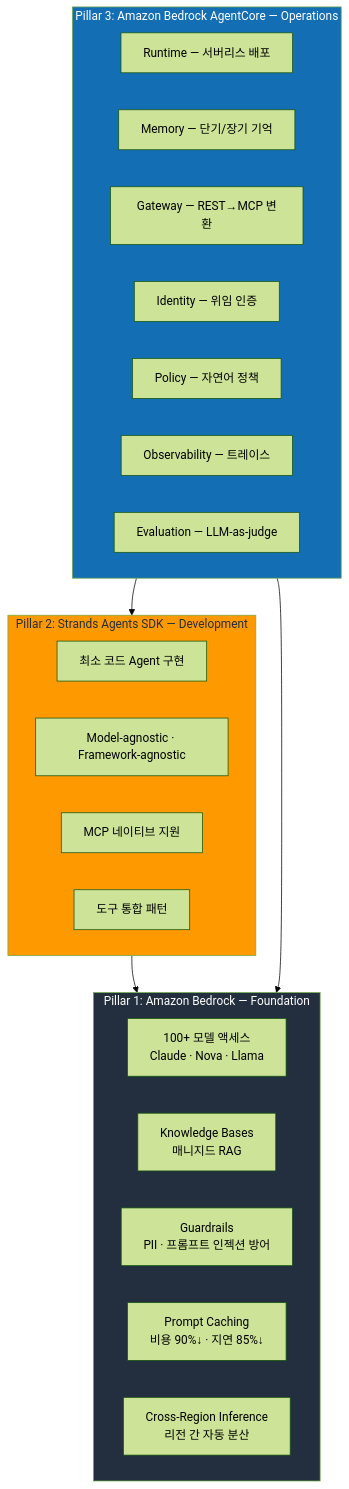
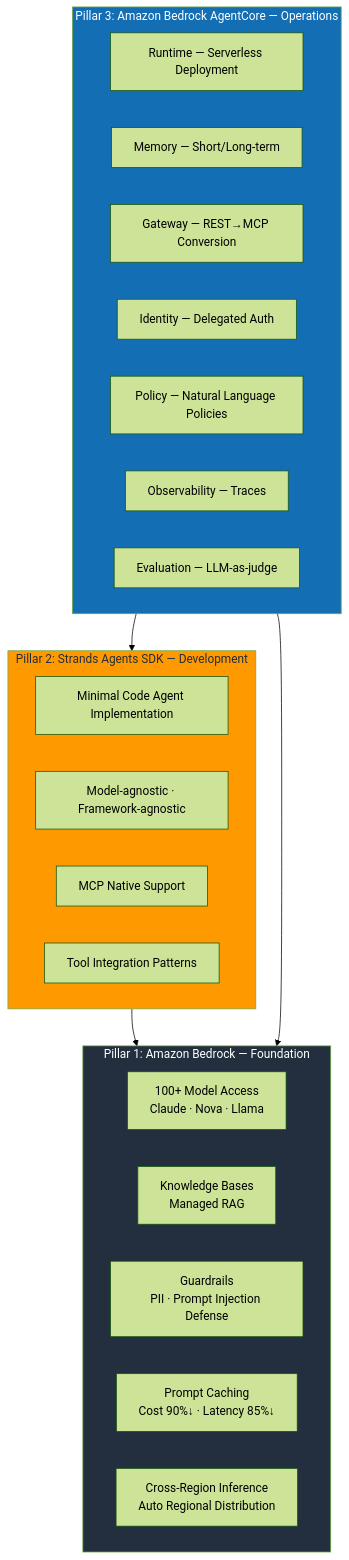
The first of 5 diagrams in docs/agentic-ai-platform/design-architecture/platform-selection/aws-native-agentic-platform.md (devfloor9/engineering-playbook), drawn with Mermaid (forest theme) before and after one commit. The commit also changed other lines of this file and 954 other files, not shown here.

````diff
--- a/docs/agentic-ai-platform/design-architecture/platform-selection/aws-native-agentic-platform.md
+++ b/docs/agentic-ai-platform/design-architecture/platform-selection/aws-native-agentic-platform.md
@@ -62,35 +62,35 @@
 ```mermaid
 graph TB
     subgraph Pillar1["Pillar 1: Amazon Bedrock — Foundation"]
-        B1["100+ 모델 액세스<br/>Claude · Nova · Llama"]
-        B2["Knowledge Bases<br/>매니지드 RAG"]
-        B3["Guardrails<br/>PII · 프롬프트 인젝션 방어"]
-        B4["Prompt Caching<br/>비용 90%↓ · 지연 85%↓"]
-        B5["Cross-Region Inference<br/>리전 간 자동 분산"]
+        B1["100+ Model Access<br/>Claude · Nova · Llama"]
+        B2["Knowledge Bases<br/>Managed RAG"]
+        B3["Guardrails<br/>PII · Prompt Injection Defense"]
+        B4["Prompt Caching<br/>Cost 90%↓ · Latency 85%↓"]
+        B5["Cross-Region Inference<br/>Auto Regional Distribution"]
     end
 
     subgraph Pillar2["Pillar 2: Strands Agents SDK — Development"]
-        S1["최소 코드 Agent 구현"]
+        S1["Minimal Code Agent Implementation"]
         S2["Model-agnostic · Framework-agnostic"]
-        S3["MCP 네이티브 지원"]
-        S4["도구 통합 패턴"]
+        S3["MCP Native Support"]
+        S4["Tool Integration Patterns"]
     end
 
     subgraph Pillar3["Pillar 3: Amazon Bedrock AgentCore — Operations"]
-        A1["Runtime — 서버리스 배포"]
-        A2["Memory — 단기/장기 기억"]
-        A3["Gateway — REST→MCP 변환"]
-        A4["Identity — 위임 인증"]
-        A5["Policy — 자연어 정책"]
-        A6["Observability — 트레이스"]
+        A1["Runtime — Serverless Deployment"]
+        A2["Memory — Short/Long-term"]
+        A3["Gateway — REST→MCP Conversion"]
+        A4["Identity — Delegated Auth"]
+        A5["Policy — Natural Language Policies"]
+        A6["Observability — Traces"]
         A7["Evaluation — LLM-as-judge"]
     end
 
     Pillar2 --> Pillar1
     Pillar3 --> Pillar2
     Pillar3 --> Pillar1
 
     style Pillar1 fill:#232F3E,color:#fff
     style Pillar2 fill:#FF9900,color:#232F3E
     style Pillar3 fill:#146EB4,color:#fff
 ```
````
